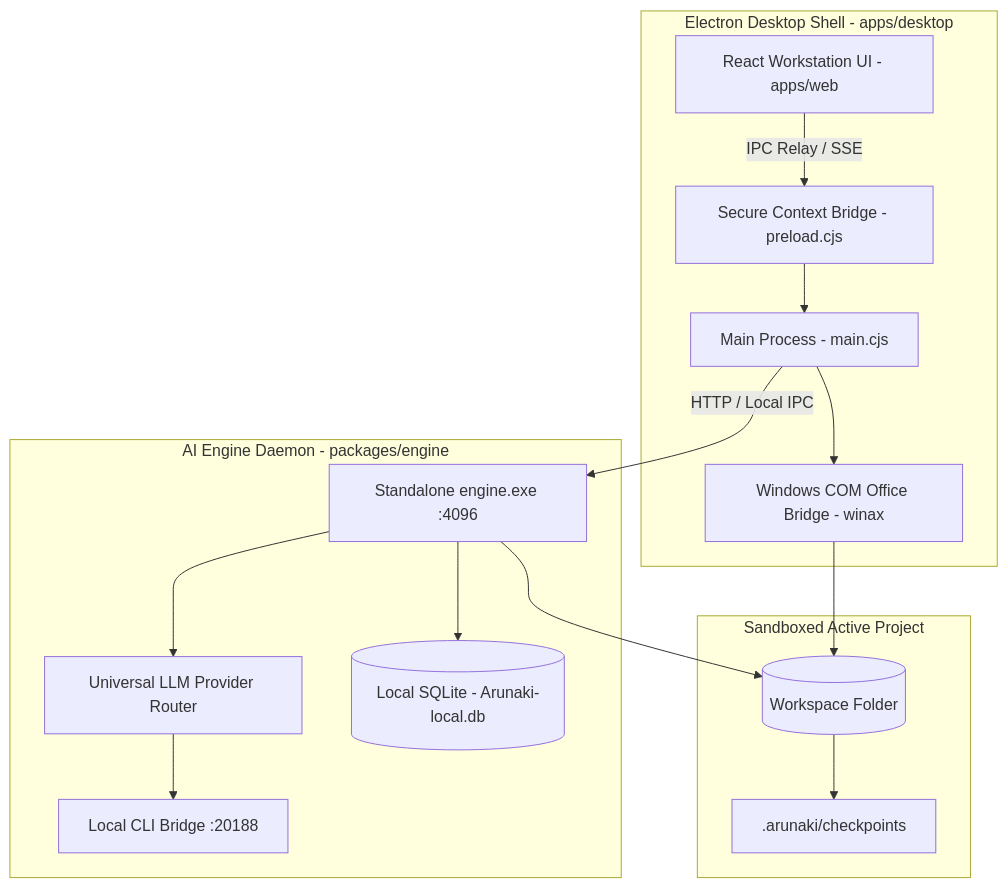
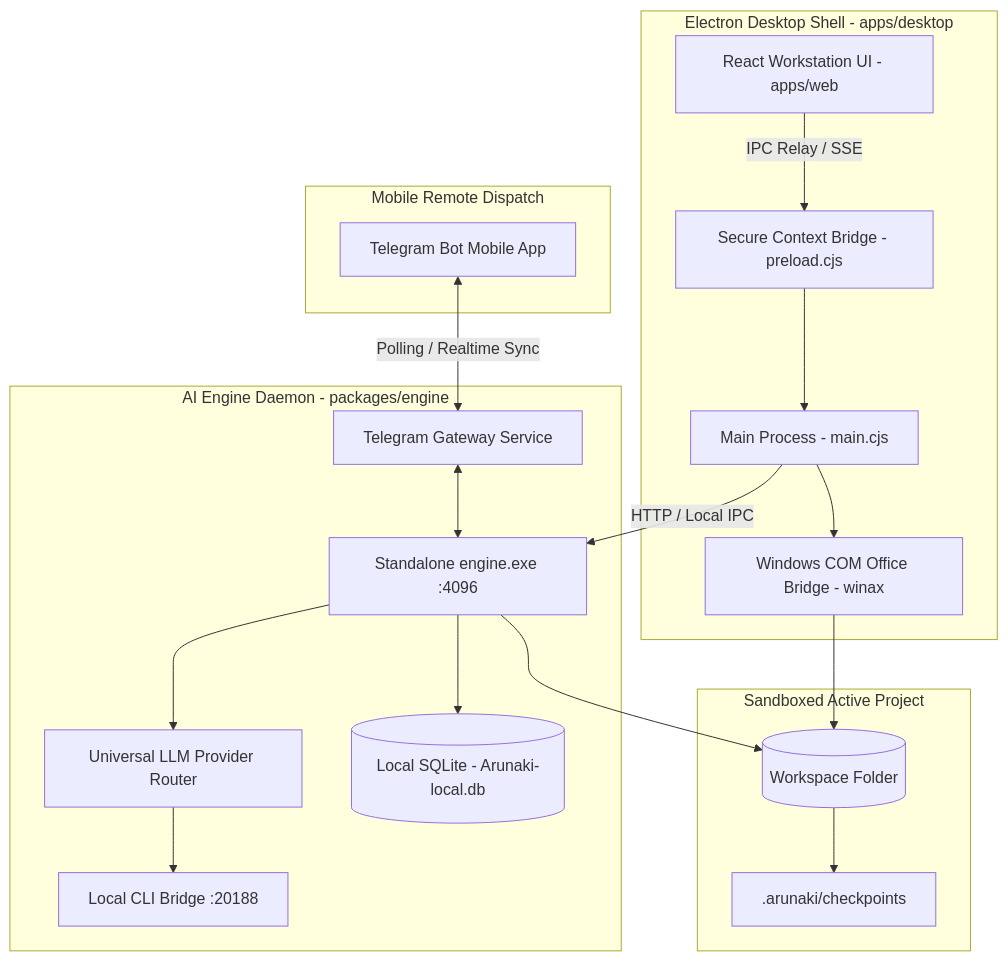
Before and after one commit to jlsrngo/Arunaki: the second of 2 diagrams in README.md, drawn with Mermaid. The commit also changed other lines of this file, not shown here.

Commit message:
docs: add Telegram remote control feature and mobile gateway architecture to README

````diff
--- a/README.md
+++ b/README.md
@@ -129,32 +136,39 @@
 ```mermaid
 graph TD
+    subgraph Mobile [Mobile Remote Dispatch]
+        Telegram[Telegram Bot Mobile App]
+    end
+
     subgraph Desktop Shell [Electron Desktop Shell - apps/desktop]
         UI[React Workstation UI - apps/web]
         Preload[Secure Context Bridge - preload.cjs]
         Main[Main Process - main.cjs]
         WinAX[Windows COM Office Bridge - winax]
     end
 
     subgraph Backend Engine [AI Engine Daemon - packages/engine]
         Engine[Standalone engine.exe :4096]
+        TGService[Telegram Gateway Service]
         Router[Universal LLM Provider Router]
         CLIBridge[Local CLI Bridge :20188]
         SQLite[(Local SQLite - Arunaki-local.db)]
     end
 
     subgraph Sandbox [Sandboxed Active Project]
         Folder[(Workspace Folder)]
         Checkpoint[.arunaki/checkpoints]
     end
 
+    Telegram <-->|Polling / Realtime Sync| TGService
+    TGService <--> Engine
     UI -->|IPC Relay / SSE| Preload
     Preload --> Main
     Main --> WinAX
     Main -->|HTTP / Local IPC| Engine
     Engine --> Router
     Router --> CLIBridge
     Engine --> SQLite
     WinAX --> Folder
     Engine --> Folder
     Folder --> Checkpoint
 ```
````
